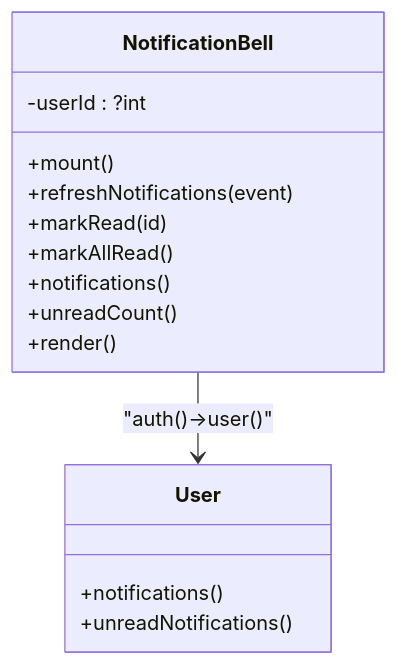
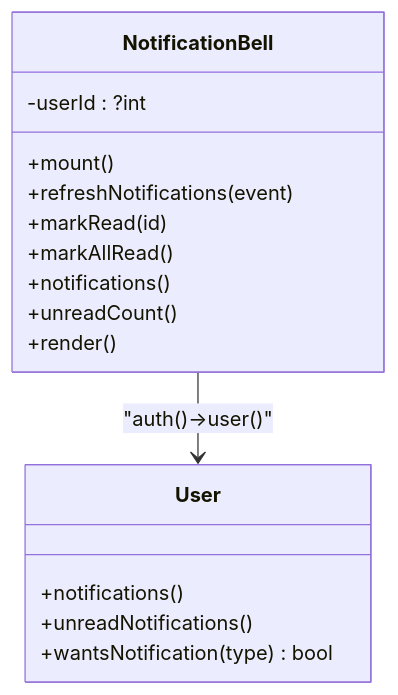
Before and after one commit to younesgamer68/helpdesk-system: the third of 9 diagrams in .qoder/repowiki/en/content/Real-time Communication/Notification System.md, drawn with Mermaid. The commit also changed other lines of this file and 12 other files, not shown here.

````diff
--- a/.qoder/repowiki/en/content/Real-time Communication/Notification System.md
+++ b/.qoder/repowiki/en/content/Real-time Communication/Notification System.md
@@ -189,18 +255,19 @@
 ```mermaid
 classDiagram
 class NotificationBell {
 +mount()
 +refreshNotifications(event)
 +markRead(id)
 +markAllRead()
 +notifications()
 +unreadCount()
 +render()
 -userId : ?int
 }
 class User {
 +notifications()
 +unreadNotifications()
++wantsNotification(type) bool
 }
 NotificationBell --> User : "auth()->user()"
 ```
````
